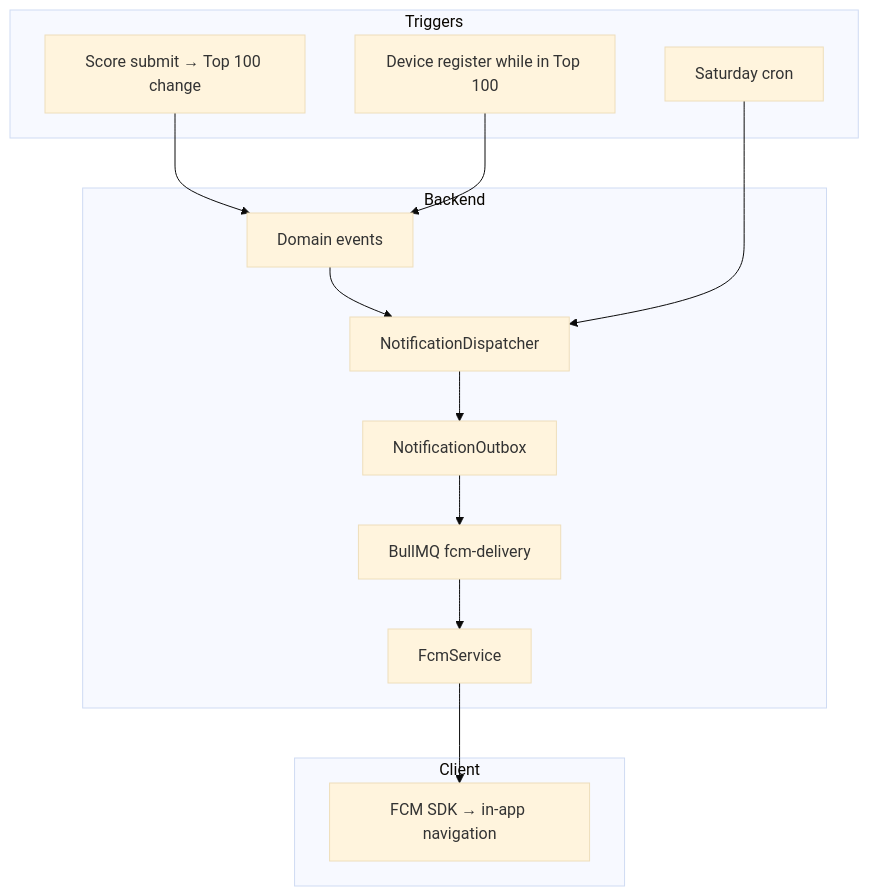
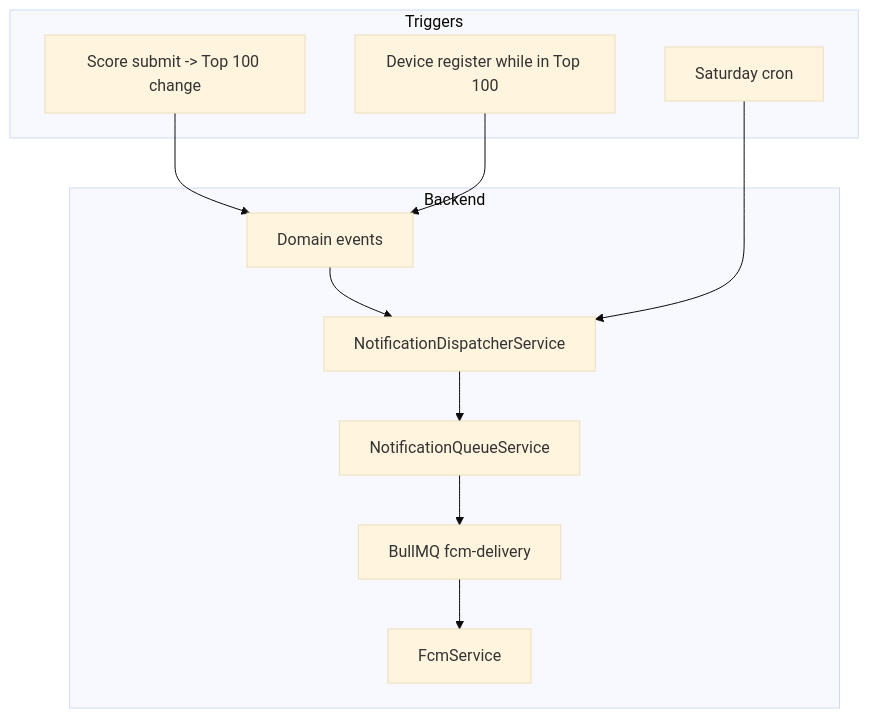
Before and after one commit to kevinvuong-mim/game-api: the diagram in documents/architecture/notifications.md, drawn with Mermaid (base theme). The commit also changed other lines of this file and 36 other files, not shown here.

````diff
--- a/documents/architecture/notifications.md
+++ b/documents/architecture/notifications.md
@@ -11,25 +8,20 @@
 ```mermaid
 flowchart TB
     subgraph triggers [Triggers]
-        T1[Score submit → Top 100 change]
+        T1[Score submit -> Top 100 change]
         T2[Device register while in Top 100]
         T3[Saturday cron]
     end
 
     subgraph backend [Backend]
         E[Domain events]
-        D[NotificationDispatcher]
-        O[NotificationOutbox]
-        Q[BullMQ fcm-delivery]
+        D[NotificationDispatcherService]
+        Q[NotificationQueueService]
+        B[BullMQ fcm-delivery]
         F[FcmService]
     end
 
-    subgraph client [Client]
-        C[FCM SDK → in-app navigation]
-    end
-
-    T1 --> E --> D --> O --> Q --> F
+    T1 --> E --> D --> Q --> B --> F
     T2 --> E
     T3 --> D
-    F --> C
 ```
````
